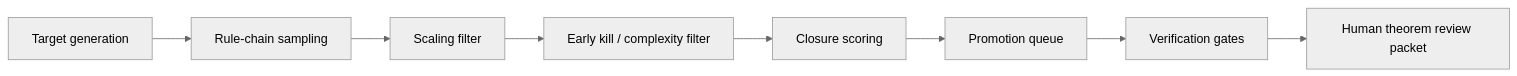
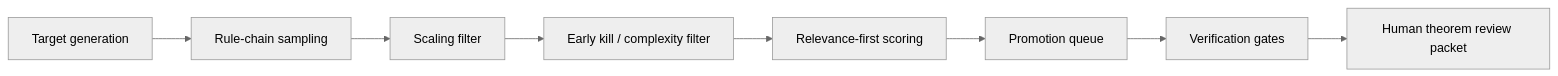
Before and after one commit to Younghegalian/mathematical-inequality-search-platform: the diagram in README.md, drawn with Mermaid (neutral theme). The commit also changed other lines of this file and 9 other files, not shown here.

Commit message:
Prioritize nonlinear relevance over closure in scoring

````diff
--- a/README.md
+++ b/README.md
@@ -87,10 +87,10 @@
 ```mermaid
 flowchart LR
     A["Target generation"] --> B["Rule-chain sampling"]
     B --> C["Scaling filter"]
     C --> D["Early kill / complexity filter"]
-    D --> E["Closure scoring"]
+    D --> E["Relevance-first scoring"]
     E --> F["Promotion queue"]
     F --> G["Verification gates"]
     G --> H["Human theorem review packet"]
 ```
````
